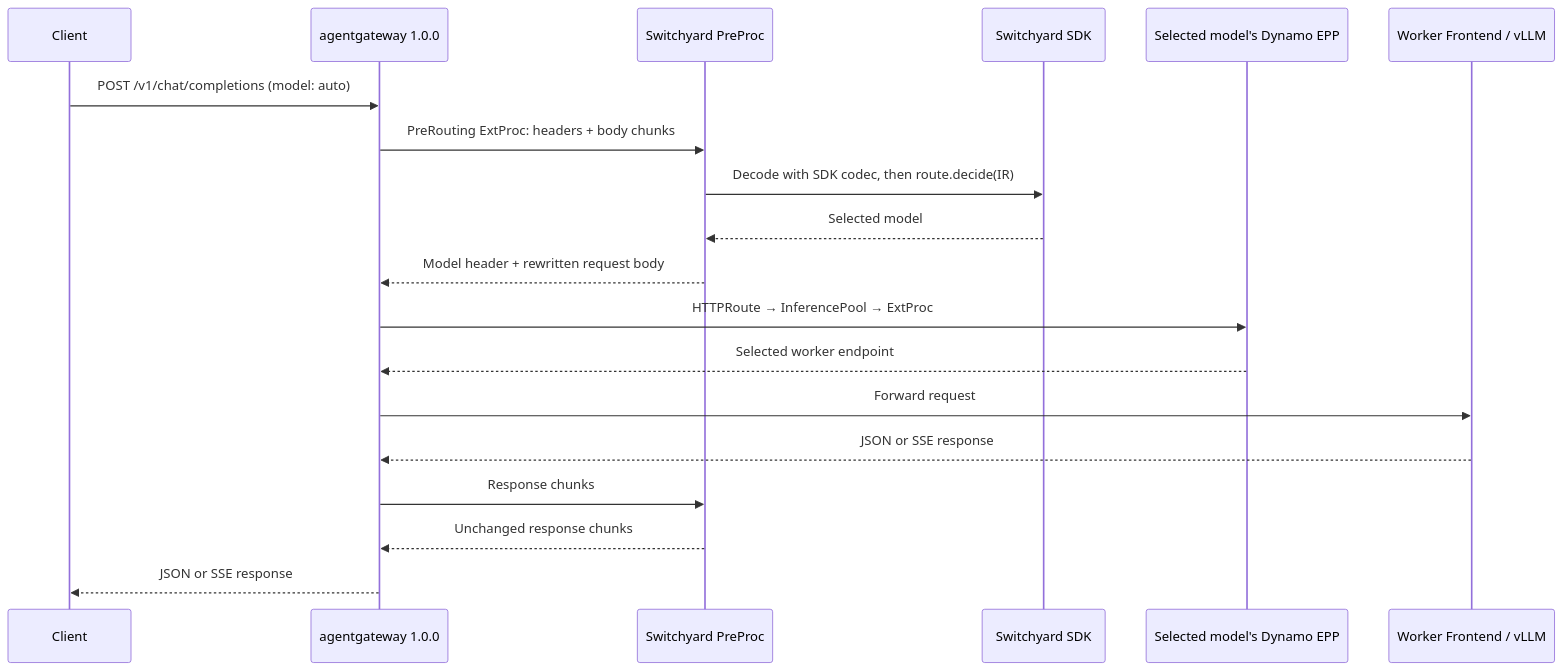
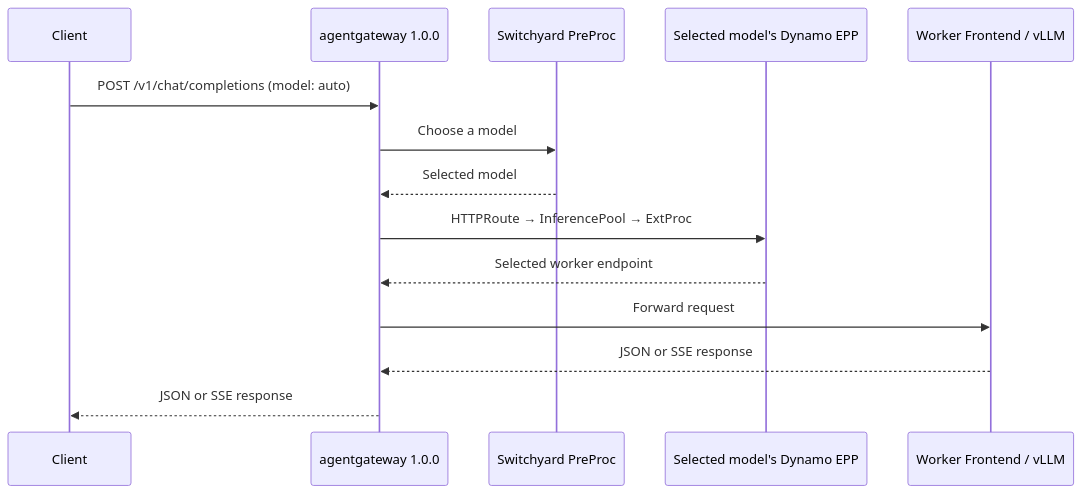
Before and after one commit to ai-dynamo/dynamo: the diagram in examples/backends/vllm/deploy/gaie/switchyard/README.md, drawn with Mermaid. The commit also changed other lines of this file, not shown here.

Commit message:
docs(gaie): focus Switchyard example on deployment

````diff
--- a/examples/backends/vllm/deploy/gaie/switchyard/README.md
+++ b/examples/backends/vllm/deploy/gaie/switchyard/README.md
@@ -12,21 +12,16 @@
 ```mermaid
 sequenceDiagram
     participant Client
     participant Gateway as agentgateway 1.0.0
     participant Proc as Switchyard PreProc
-    participant SDK as Switchyard SDK
     participant EPP as Selected model's Dynamo EPP
     participant Worker as Worker Frontend / vLLM
     Client->>Gateway: POST /v1/chat/completions (model: auto)
-    Gateway->>Proc: PreRouting ExtProc: headers + body chunks
-    Proc->>SDK: Decode with SDK codec, then route.decide(IR)
-    SDK-->>Proc: Selected model
-    Proc-->>Gateway: Model header + rewritten request body
+    Gateway->>Proc: Choose a model
+    Proc-->>Gateway: Selected model
     Gateway->>EPP: HTTPRoute → InferencePool → ExtProc
     EPP-->>Gateway: Selected worker endpoint
     Gateway->>Worker: Forward request
     Worker-->>Gateway: JSON or SSE response
-    Gateway->>Proc: Response chunks
-    Proc-->>Gateway: Unchanged response chunks
     Gateway-->>Client: JSON or SSE response
 ```
````
